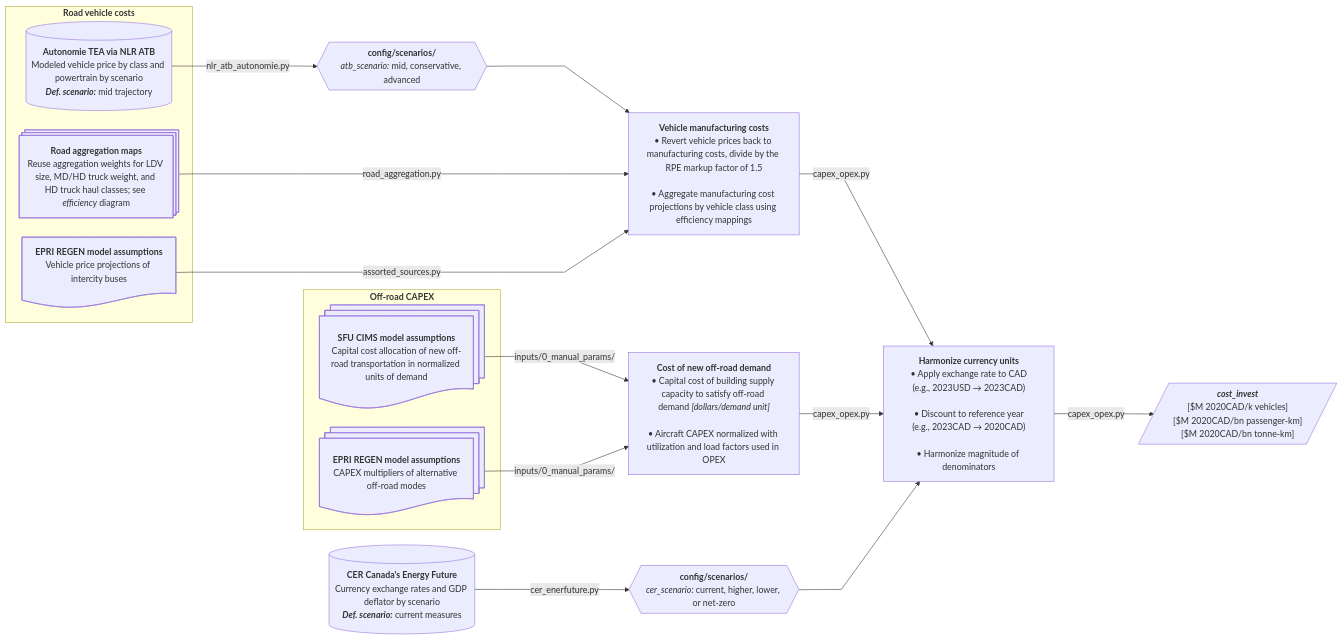
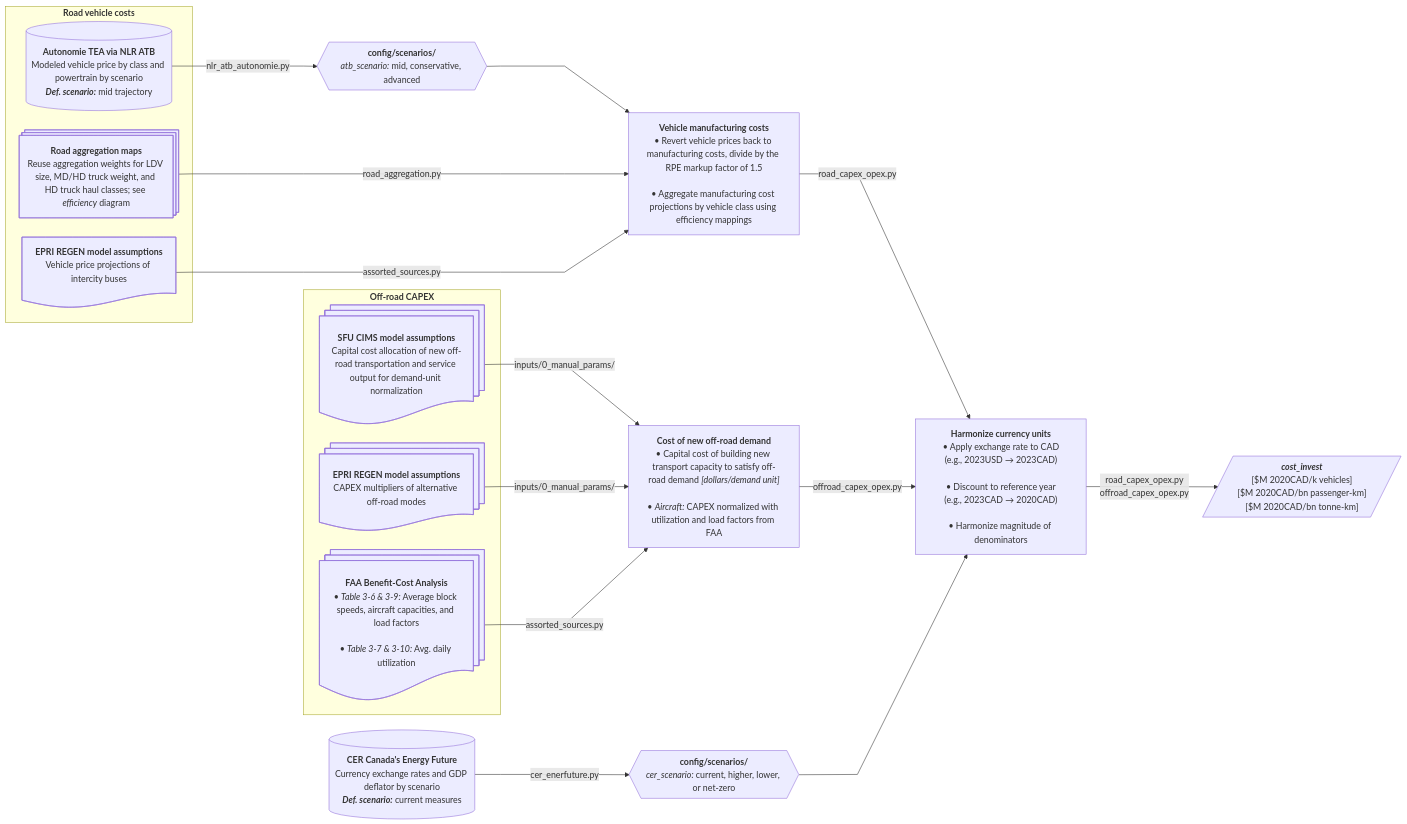
Before and after one commit to CANOE-main/canoe-transportation: the seventh of 12 diagrams in docs/etl_flowcharts.md, drawn with Mermaid. The commit also changed other lines of this file and 34 other files, not shown here.

````diff
--- a/docs/etl_flowcharts.md
+++ b/docs/etl_flowcharts.md
@@ -559,73 +579,78 @@
 ```mermaid
 ---
 config:
   layout: dagre
   flowchart:
     nodeSpacing: 35
     rankSpacing: 50
     wrappingWidth: 250
     curve: linear
 ---
 flowchart LR
   %% ########### Sources ###########
   s3[("`**CER Canada's Energy Future**
     Currency exchange rates and GDP deflator by scenario
     ***Def. scenario:*** current measures`")]
   subgraph offroad["`**Off-road CAPEX**`"]
     s7@{shape: docs, label: "**SFU CIMS model assumptions**
-      Capital cost allocation of new off-road transportation in normalized units of demand"}
+      Capital cost allocation of new off-road transportation and service output for demand-unit normalization"}
     s8@{shape: docs, label: "**EPRI REGEN model assumptions**
       CAPEX multipliers of alternative off-road modes"}
+    s9@{shape: docs, label: "**FAA Benefit-Cost Analysis**
+      • *Table 3-6 & 3-9:* Average block speeds, aircraft capacities, and load factors<br>
+      • *Table 3-7 & 3-10:* Avg. daily utilization"}
   end
 
   %% ########### Processes ###########
   p3["`**Cost of new off-road demand**
-    • Capital cost of building supply capacity to satisfy off-road demand *[dollars/demand unit]*<br>
-    • Aircraft CAPEX normalized with utilization and load factors used in OPEX`"]
+    • Capital cost of building new transport capacity to satisfy off-road demand *[dollars/demand unit]*<br>
+    • *Aircraft:* CAPEX normalized with utilization and load factors from FAA`"]
   s7 & s8 -- inputs/0_manual_params/ --> p3
+  s9 -- assorted_sources.py --> p3
 
   %% ########### Sources ###########
   subgraph road["`**Road vehicle costs**`"]
     s1@{shape: processes, label: "**Road aggregation maps**
       Reuse aggregation weights for LDV size, MD/HD truck weight, and HD truck haul classes; see *efficiency* diagram"}
     s2[("`**Autonomie TEA via NLR ATB**
       Modeled vehicle price by class and powertrain by scenario
       ***Def. scenario:*** mid trajectory`")]
     s8_bus@{shape: doc, label: "**EPRI REGEN model assumptions**
       Vehicle price projections of intercity buses"}
   end
 
   %% ########### Processes ###########
   p0_2@{shape: hex, label: "**config/scenarios/**
     *atb_scenario:* mid, conservative, advanced"}
   p2["`**Vehicle manufacturing costs**
     • Revert vehicle prices back to manufacturing costs, divide by the RPE markup factor of 1.5<br>
     • Aggregate manufacturing cost projections by vehicle class using efficiency mappings`"]
   s2 -- nlr_atb_autonomie.py --> p0_2 --> p2
   s1 -- road_aggregation.py --> p2
   s8_bus -- assorted_sources.py --> p2
 
   p0@{shape: hex, label: "**config/scenarios/**
     *cer_scenario:* current, higher, lower, or net-zero"}
   p4["`**Harmonize currency units**
     • Apply exchange rate to CAD
     (e.g., 2023USD → 2023CAD)<br>
     • Discount to reference year
     (e.g., 2023CAD → 2020CAD)<br>
     • Harmonize magnitude of denominators`"]
-  p2 -- capex_opex.py --> p4
-  p3 -- capex_opex.py --> p4
+  p2 -- road_capex_opex.py --> p4
+  p3 -- offroad_capex_opex.py --> p4
   s3 -- cer_enerfuture.py --> p0 --> p4
 
-  p4 -- capex_opex.py --> o1[/"`***cost_invest***
+  p4 -- road_capex_opex.py
+  offroad_capex_opex.py --> o1[/"`***cost_invest***
     [$M 2020CAD/k vehicles]
     [$M 2020CAD/bn passenger-km]
     [$M 2020CAD/bn tonne-km]`"/]
 
   %% --- Hyperlinks ---
   click s8_bus "https://us-regen-docs.epri.com/v2025/assumptions/transportation.html#on-road-fleet-vehicles"
   click s8 "https://us-regen-docs.epri.com/v2025/assumptions/transportation.html#non-road-vehicles"
   click s7 "https://github.com/EMRG-SFU/cims-models/tree/main/sources/sectors"
   click s2 "https://vms.taps.anl.gov/research-highlights/vehicle-technologies/u-s-doe-vto-hfto-r-d-benefits/"
   click s3 "https://open.canada.ca/data/en/dataset/07c42deb-9435-43b9-a416-7ce316f3893d"
 ```
````
